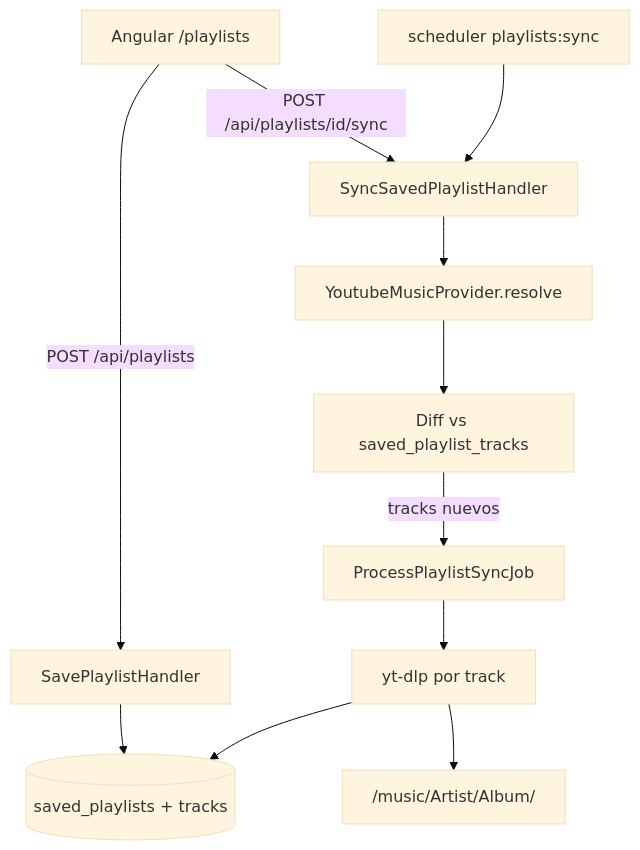
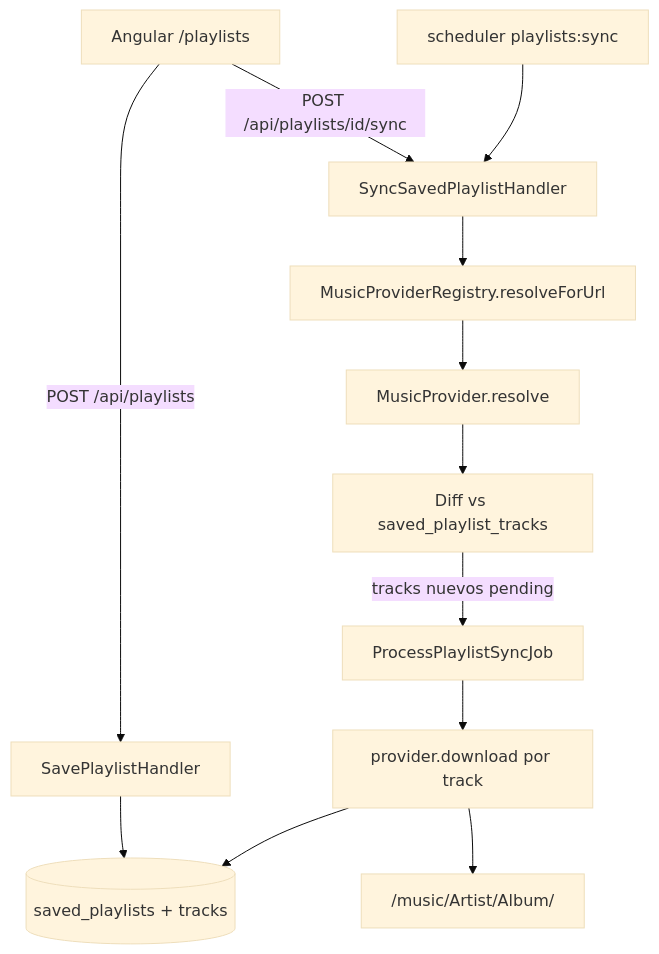
The diagram in .cursor/plans/v2_playlists_sync_a9010a47.plan.md (nicolasmartinez0510/music-harvester), drawn with Mermaid (base theme) before and after one commit. The commit also changed other lines of this file and 50 other files, not shown here.

````diff
--- a/.cursor/plans/v2_playlists_sync_a9010a47.plan.md
+++ b/.cursor/plans/v2_playlists_sync_a9010a47.plan.md
@@ -49,13 +54,14 @@
 ```mermaid
 flowchart TD
   UI[Angular /playlists] -->|POST /api/playlists| Save[SavePlaylistHandler]
   Save --> DB[(saved_playlists + tracks)]
   UI -->|POST /api/playlists/id/sync| Sync[SyncSavedPlaylistHandler]
   Cron[scheduler playlists:sync] --> Sync
-  Sync --> Resolve[YoutubeMusicProvider.resolve]
-  Resolve --> Diff[Diff vs saved_playlist_tracks]
-  Diff -->|tracks nuevos| Queue[ProcessPlaylistSyncJob]
-  Queue --> Worker[yt-dlp por track]
-  Worker --> MusicDir["/music/Artist/Album/"]
-  Worker --> DB
+  Sync --> Reg[MusicProviderRegistry.resolveForUrl]
+  Reg --> Provider[MusicProvider.resolve]
+  Provider --> Diff[Diff vs saved_playlist_tracks]
+  Diff -->|tracks nuevos pending| Queue[ProcessPlaylistSyncJob]
+  Queue --> ProviderDownload[provider.download por track]
+  ProviderDownload --> MusicDir["/music/Artist/Album/"]
+  ProviderDownload --> DB
 ```
````
